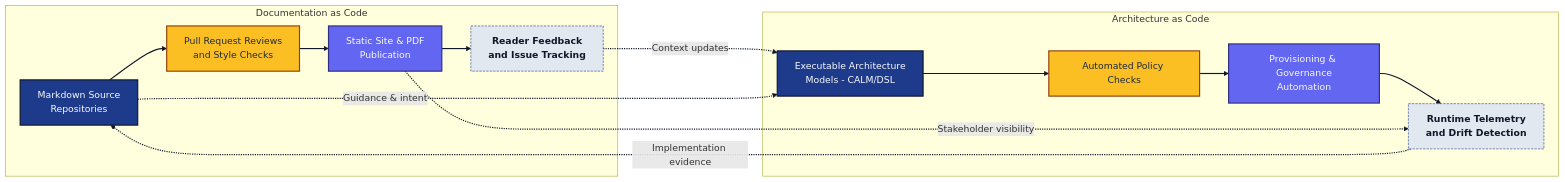
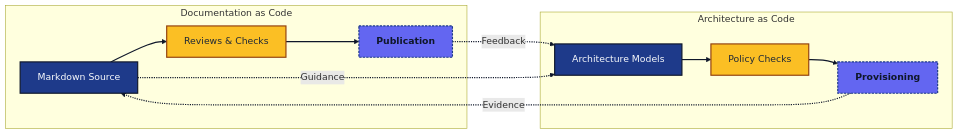
Before and after one commit to Geonitab/architecture_as_code: the diagram in docs/images/diagram_22_tool_alignment.mmd, drawn with Mermaid. The commit also changed 10 other files, not shown here.

First line of the commit message:
Simplify complex diagrams to improve readability

```diff
--- a/docs/images/diagram_22_tool_alignment.mmd
+++ b/docs/images/diagram_22_tool_alignment.mmd
@@ -1,30 +1,27 @@
 %% Documentation and architecture alignment feedback loop
 %% Maintains the textual source for Figure 22.3.
 
 flowchart LR
     %% Shared styling definitions used across the workshop diagrams
     classDef kv-primary fill:#1e3a8a,stroke:#0f172a,stroke-width:2px,color:#f8fafc;
     classDef kv-accent fill:#6366f1,stroke:#312e81,stroke-width:2px,color:#f8fafc;
     classDef kv-highlight fill:#fbbf24,stroke:#92400e,stroke-width:2px,color:#1f2937;
     classDef kv-muted fill:#e2e8f0,stroke:#475569,stroke-width:1px,color:#0f172a;
     classDef kv-connector stroke-dasharray:4 2,stroke:#1e3a8a,color:#0f172a,font-weight:bold;
 
     linkStyle default stroke:#0f172a,stroke-width:2px;
     subgraph Documentation_as_Code[Documentation as Code]
-        Docs[Markdown Source<br/>Repositories]:::kv-primary --> Reviews[Pull Request Reviews<br/>and Style Checks]:::kv-highlight
-        Reviews --> Publish[Static Site & PDF<br/>Publication]:::kv-accent
-        Publish --> Feedback[Reader Feedback<br/>and Issue Tracking]:::kv-muted
+        Docs[Markdown Source]:::kv-primary --> Reviews[Reviews & Checks]:::kv-highlight
+        Reviews --> Publish[Publication]:::kv-accent
     end
 
     subgraph Architecture_as_Code[Architecture as Code]
-        Models[Executable Architecture<br/>Models - CALM/DSL]:::kv-primary --> Policies[Automated Policy Checks]:::kv-highlight
-        Policies --> Provision[Provisioning & Governance<br/>Automation]:::kv-accent
-        Provision --> Telemetry[Runtime Telemetry<br/>and Drift Detection]:::kv-muted
+        Models[Architecture Models]:::kv-primary --> Policies[Policy Checks]:::kv-highlight
+        Policies --> Provision[Provisioning]:::kv-accent
     end
 
-    Feedback -.Context updates.-> Models
-    Telemetry -.Implementation evidence.-> Docs
-    Docs -.Guidance & intent.-> Models
-    Publish -.Stakeholder visibility.-> Telemetry
+    Publish -.Feedback.-> Models
+    Provision -.Evidence.-> Docs
+    Docs -.Guidance.-> Models
 
-    class Feedback,Telemetry kv-connector;
+    class Publish,Provision kv-connector;
```
